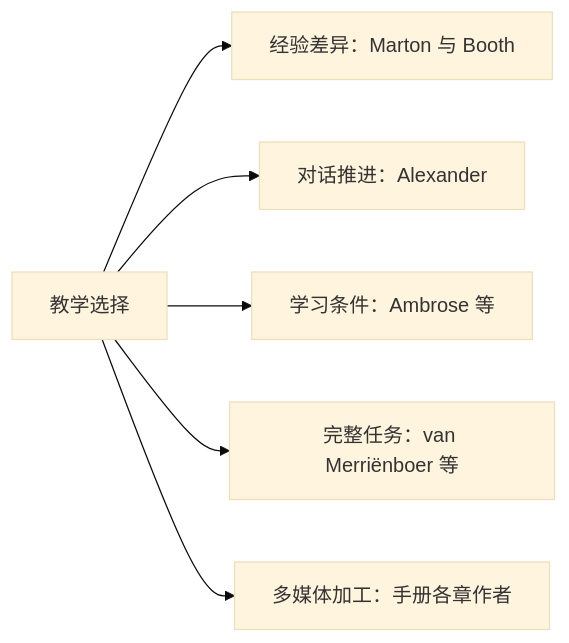
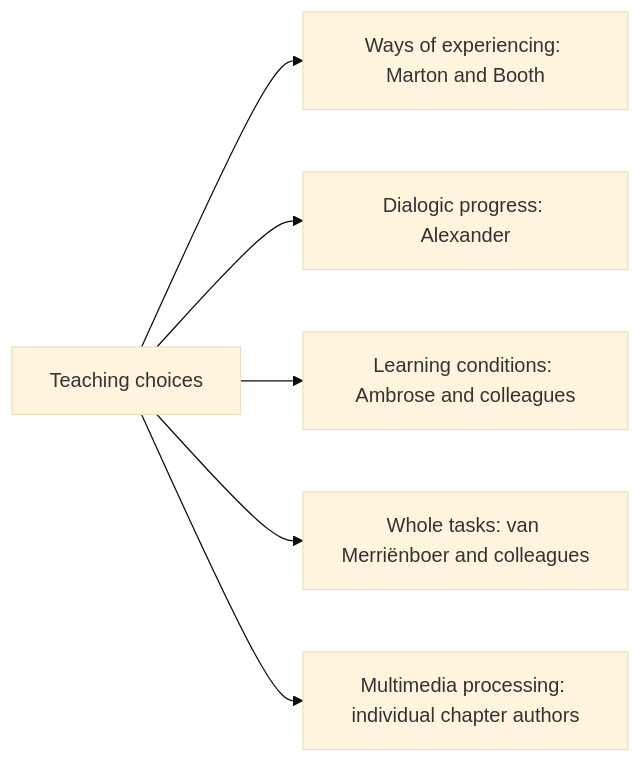
Before and after one commit to ariel-lee-1023/Indwell-via-Shared-Discern: the third of 3 diagrams in README.md, drawn with Mermaid (base theme). The commit also changed other lines of this file, not shown here.

````diff
--- a/README.md
+++ b/README.md
@@ -58,10 +60,10 @@
 ```mermaid
 flowchart LR
-    accTitle: 来源服务于不同判断
-    accDescr: 五书分别支持经验差异、对话、学习条件、任务设计及多媒体判断。
-    A["教学选择"] --> B["经验差异：Marton 与 Booth"]
-    A --> C["对话推进：Alexander"]
-    A --> D["学习条件：Ambrose 等"]
-    A --> E["完整任务：van Merriënboer 等"]
-    A --> F["多媒体加工：手册各章作者"]
+    accTitle: Sources support different judgments
+    accDescr: Five books address ways of experiencing, dialogue, learning conditions, task design, and multimedia processing.
+    A["Teaching choices"] --> B["Ways of experiencing: Marton and Booth"]
+    A --> C["Dialogic progress: Alexander"]
+    A --> D["Learning conditions: Ambrose and colleagues"]
+    A --> E["Whole tasks: van Merriënboer and colleagues"]
+    A --> F["Multimedia processing: individual chapter authors"]
 ```
````
